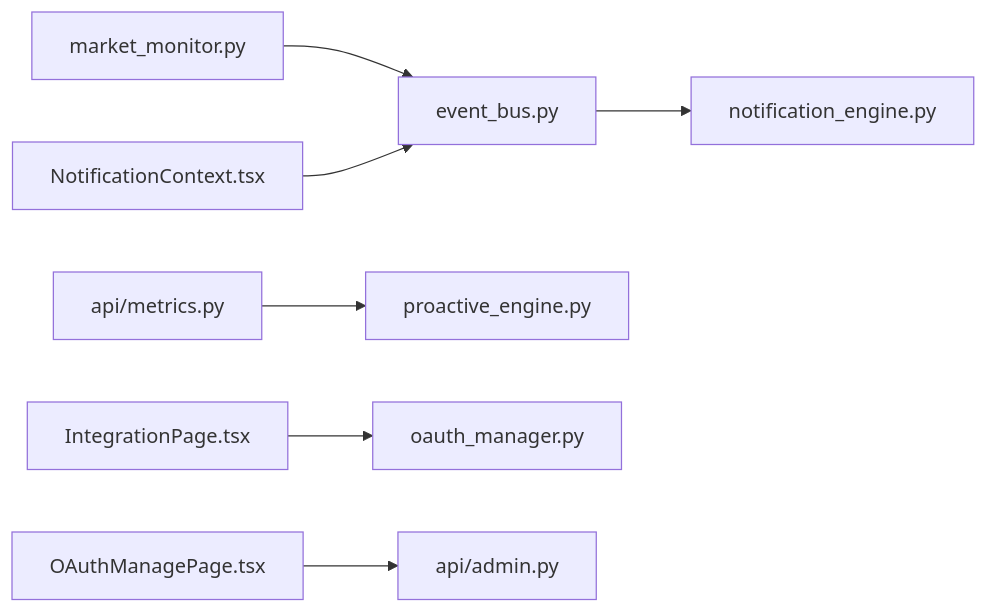
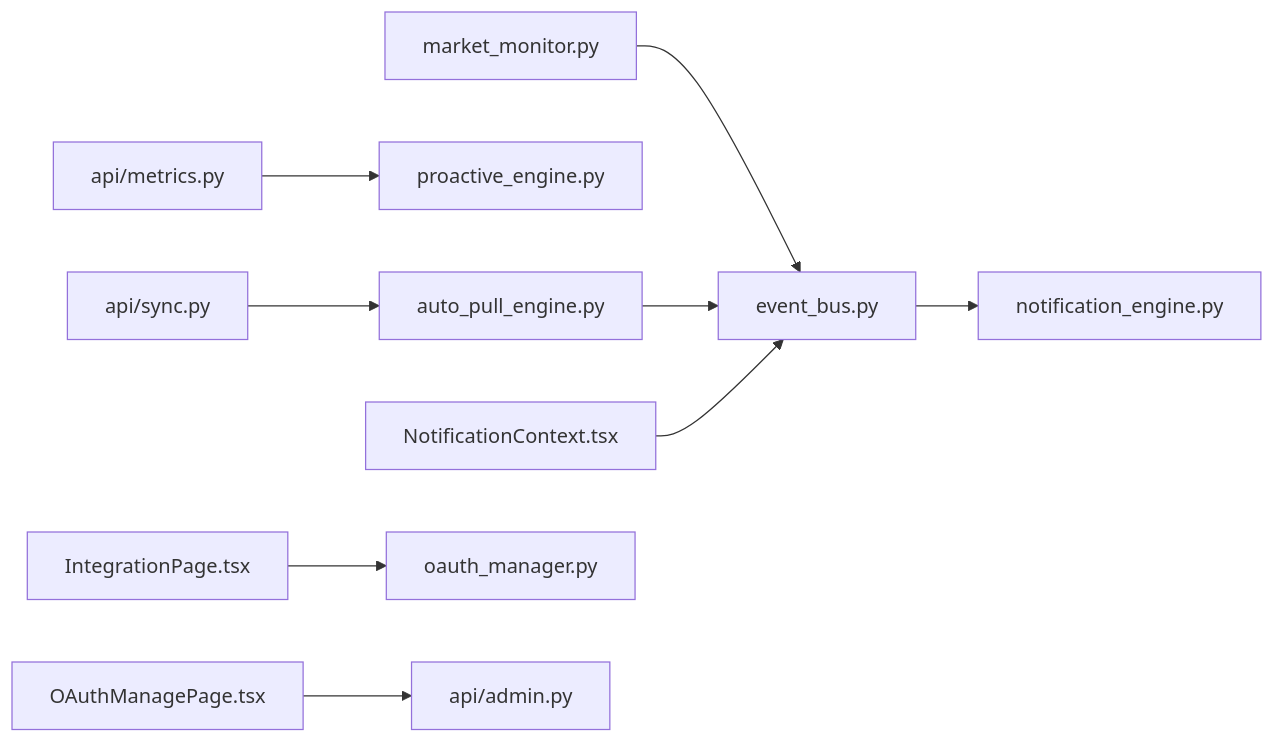
The eighth of 8 diagrams in .qoder/repowiki/zh/content/监控与运维/错误追踪与调试.md (angledick/-), drawn with Mermaid before and after one commit. The commit also changed other lines of this file and 770 other files, not shown here.

````diff
--- a/.qoder/repowiki/zh/content/监控与运维/错误追踪与调试.md
+++ b/.qoder/repowiki/zh/content/监控与运维/错误追踪与调试.md
@@ -262,9 +317,11 @@
 ```mermaid
 graph LR
 MarketMonitor["market_monitor.py"] --> EventBus["event_bus.py"]
 EventBus --> NotificationEngine["notification_engine.py"]
 MetricsAPI["api/metrics.py"] --> ProactiveEngine["proactive_engine.py"]
+AutoPullAPI["api/sync.py"] --> AutoPullEngine["auto_pull_engine.py"]
+AutoPullEngine --> EventBus
 FE_Notify["NotificationContext.tsx"] --> EventBus
 FE_Integration["IntegrationPage.tsx"] --> OAuthMgr["oauth_manager.py"]
 FE_OAuthManage["OAuthManagePage.tsx"] --> AdminAPI["api/admin.py"]
 ```
````
